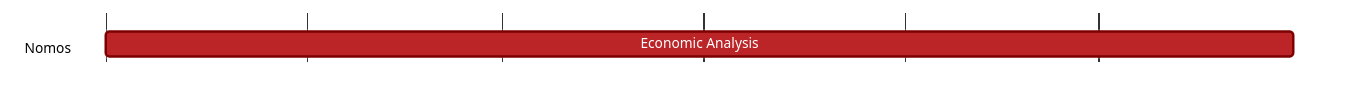
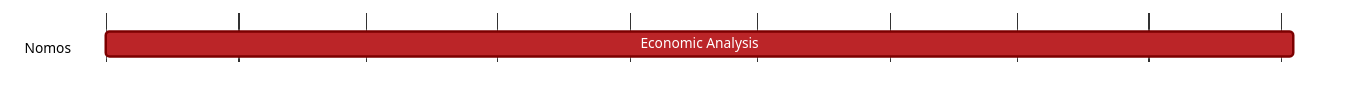
One commit to logos-co/roadmap changed the diagram in content/vac/tke/g/nomos/economic-analysis.md. Above: the diagram before and after it, drawn with Mermaid. The commit also changed other lines of this file and 11 other files, not shown here.

````diff
--- a/content/vac/tke/g/nomos/economic-analysis.md
+++ b/content/vac/tke/g/nomos/economic-analysis.md
@@ -7,19 +7,19 @@
 ```mermaid
 %%{ 
   init: { 
     'theme': 'base', 
     'themeVariables': { 
       'primaryColor': '#BB2528', 
       'primaryTextColor': '#fff', 
       'primaryBorderColor': '#7C0000', 
       'lineColor': '#F8B229', 
       'secondaryColor': '#006100', 
       'tertiaryColor': '#fff' 
     } 
   } 
 }%%
 gantt
 	dateFormat YYYY-MM-DD 
 	section Nomos
-		Economic Analysis :, 2023-05-01, 2023-10-31
+		Economic Analysis :, 2023-05-01, 2024-02-04
 ```
````
